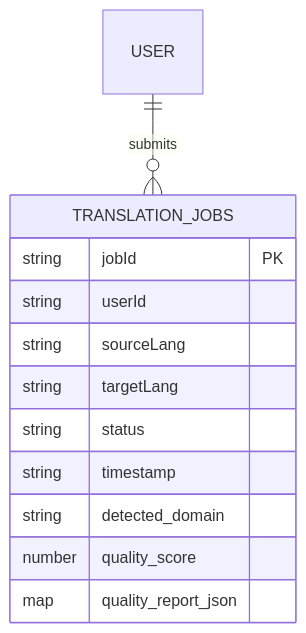
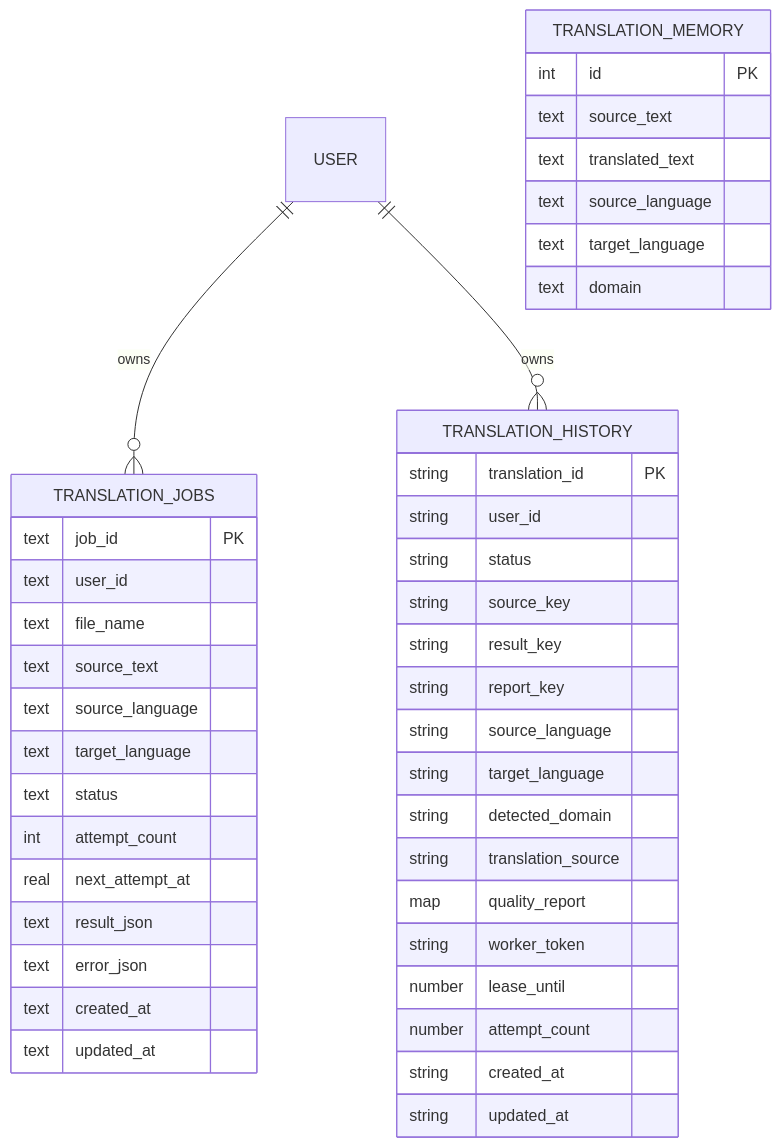
One commit to csquare14/translation-ai-service changed the seventh of 7 diagrams in README.md. Above: the diagram before and after it, drawn with Mermaid. The commit also changed other lines of this file, not shown here.

````diff
--- a/README.md
+++ b/README.md
@@ -273,15 +511,49 @@
 ```mermaid
 erDiagram
+    USER ||--o{ TRANSLATION_JOBS : owns
+    USER ||--o{ TRANSLATION_HISTORY : owns
+
     TRANSLATION_JOBS {
-        string jobId PK
-        string userId
-        string sourceLang
-        string targetLang
+        text job_id PK
+        text user_id
+        text file_name
+        text source_text
+        text source_language
+        text target_language
+        text status
+        int attempt_count
+        real next_attempt_at
+        text result_json
+        text error_json
+        text created_at
+        text updated_at
+    }
+
+    TRANSLATION_MEMORY {
+        int id PK
+        text source_text
+        text translated_text
+        text source_language
+        text target_language
+        text domain
+    }
+
+    TRANSLATION_HISTORY {
+        string translation_id PK
+        string user_id
         string status
-        string timestamp
+        string source_key
+        string result_key
+        string report_key
+        string source_language
+        string target_language
         string detected_domain
-        number quality_score
-        map quality_report_json
+        string translation_source
+        map quality_report
+        string worker_token
+        number lease_until
+        number attempt_count
+        string created_at
+        string updated_at
     }
-    USER ||--o{ TRANSLATION_JOBS : submits
 ```
````
